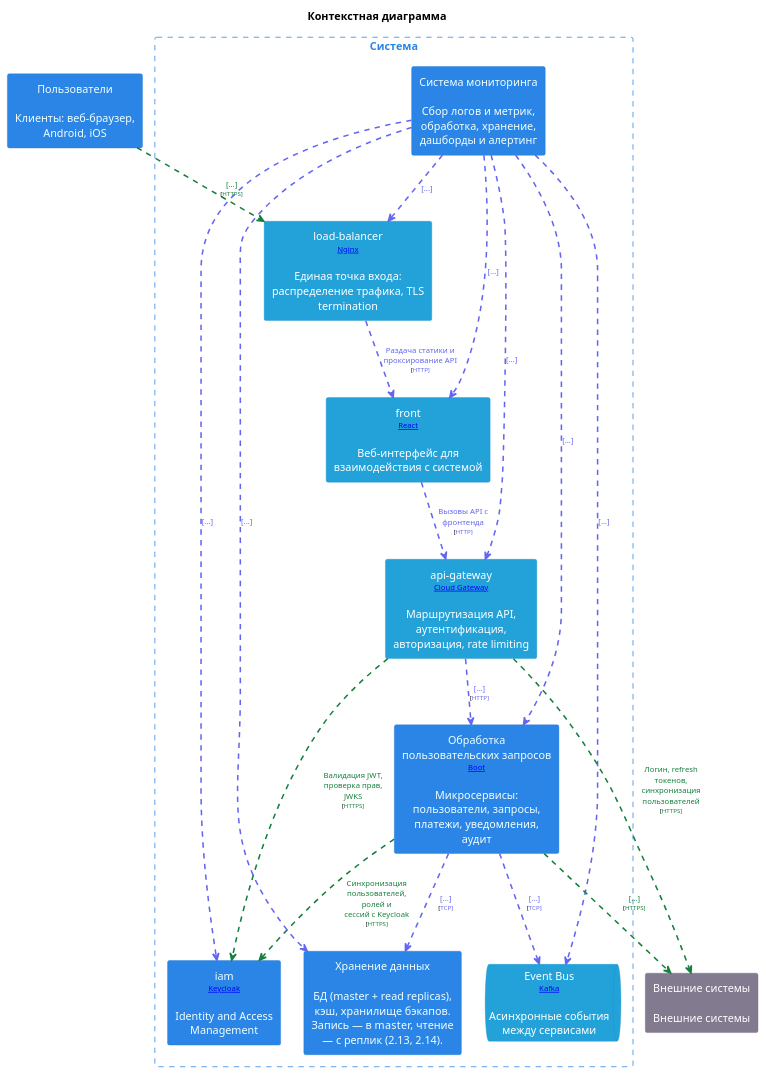
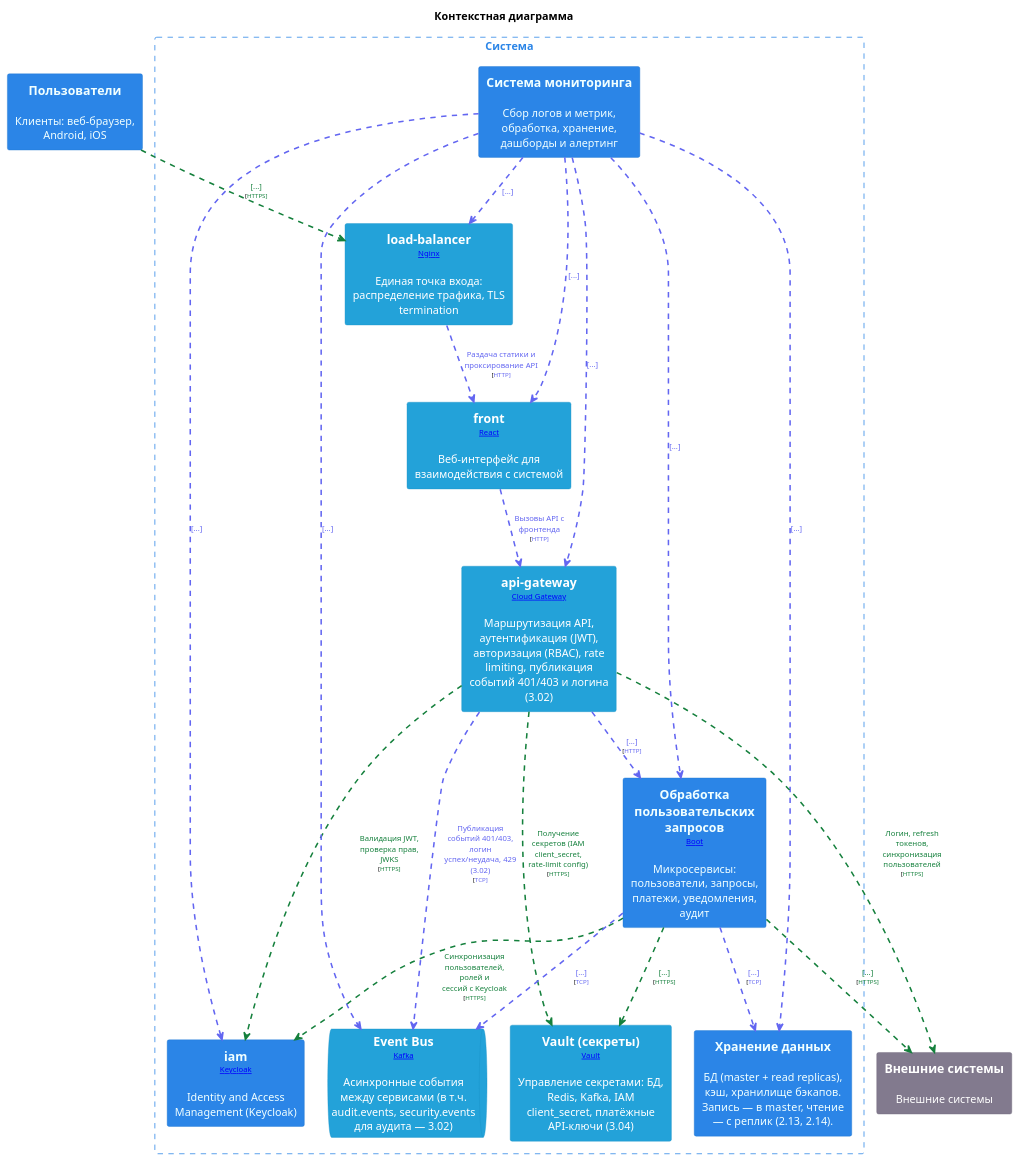
One commit to shelepovg/system-design-homework changed the diagram in doc/схемы/context.puml. Above: the diagram before and after it, drawn with PlantUML. The commit also changed 10 other files, not shown here.

Commit message:
скорректировал схемы для для управления RBAC

```diff
--- a/doc/схемы/context.puml
+++ b/doc/схемы/context.puml
@@ -1,100 +1,109 @@
 @startuml
 title "Контекстная диаграмма"
 top to bottom direction
 
 hide stereotype
 skinparam ranksep 60
 skinparam nodesep 30
 skinparam {
   arrowFontSize 10
   defaultTextAlignment center
   wrapWidth 200
   maxMessageSize 100
   shadowing false
 }
 
 skinparam rectangle<<Users>>{
   BackgroundColor #2b85e7
   FontColor #f1ffff
   BorderColor #1e73ce
 }
 skinparam rectangle<<SystemMonitoring>>{
   BackgroundColor #2b85e7
   FontColor #f1ffff
   BorderColor #1e73ce
 }
 skinparam rectangle<<SystemLoadBalancer>>{
   BackgroundColor #23a2d9
   FontColor #ffffff
   BorderColor #1892c5
 }
 skinparam rectangle<<SystemFront>>{
   BackgroundColor #23a2d9
   FontColor #ffffff
   BorderColor #1892c5
 }
 skinparam rectangle<<SystemApiGateway>>{
   BackgroundColor #23a2d9
   FontColor #ffffff
   BorderColor #1892c5
 }
 skinparam rectangle<<SystemBackend>>{
   BackgroundColor #2b85e7
   FontColor #f1ffff
   BorderColor #1e73ce
 }
 skinparam rectangle<<SystemIam>>{
   BackgroundColor #2b85e7
   FontColor #f1ffff
   BorderColor #1e73ce
 }
 skinparam rectangle<<SystemStorage>>{
   BackgroundColor #2b85e7
   FontColor #f1ffff
   BorderColor #1e73ce
 }
 skinparam queue<<SystemEventBus>>{
   BackgroundColor #23a2d9
   FontColor #ffffff
   BorderColor #1892c5
 }
+skinparam rectangle<<SystemSecretsVault>>{
+  BackgroundColor #23a2d9
+  FontColor #ffffff
+  BorderColor #1892c5
+}
 skinparam rectangle<<System_ext>>{
   BackgroundColor #827a8e
   FontColor #ffffff
   BorderColor #6c6477
 }
-rectangle "Пользователи\n\nКлиенты: веб-браузер, Android, iOS" <<Users>> as Users
+rectangle "==Пользователи\n\nКлиенты: веб-браузер, Android, iOS" <<Users>> as Users
 rectangle "Система" <<System>> as System {
   skinparam RectangleBorderColor<<System>> #2b85e7
   skinparam RectangleFontColor<<System>> #2b85e7
   skinparam RectangleBorderStyle<<System>> dashed
 
-  rectangle "Система мониторинга\n\nСбор логов и метрик, обработка, хранение, дашборды и алертинг" <<SystemMonitoring>> as SystemMonitoring
-  rectangle "load-balancer\n<size:10>[[Nginx]]</size>\n\nЕдиная точка входа: распределение трафика, TLS termination" <<SystemLoadBalancer>> as SystemLoadBalancer
-  rectangle "front\n<size:10>[[React]]</size>\n\nВеб-интерфейс для взаимодействия с системой" <<SystemFront>> as SystemFront
-  rectangle "api-gateway\n<size:10>[[Spring Cloud Gateway]]</size>\n\nМаршрутизация API, аутентификация, авторизация, rate limiting" <<SystemApiGateway>> as SystemApiGateway
-  rectangle "Обработка пользовательских запросов\n<size:10>[[Spring Boot]]</size>\n\nМикросервисы: пользователи, запросы, платежи, уведомления, аудит" <<SystemBackend>> as SystemBackend
-  rectangle "iam\n<size:10>[[Keycloak]]</size>\n\nIdentity and Access Management" <<SystemIam>> as SystemIam
-  rectangle "Хранение данных\n\nБД (master + read replicas), кэш, хранилище бэкапов. Запись — в master, чтение — с реплик (2.13, 2.14)." <<SystemStorage>> as SystemStorage
-  queue "Event Bus\n<size:10>[[Apache Kafka]]</size>\n\nАсинхронные события между сервисами" <<SystemEventBus>> as SystemEventBus
+  rectangle "==Система мониторинга\n\nСбор логов и метрик, обработка, хранение, дашборды и алертинг" <<SystemMonitoring>> as SystemMonitoring
+  rectangle "==load-balancer\n<size:10>[[Nginx]]</size>\n\nЕдиная точка входа: распределение трафика, TLS termination" <<SystemLoadBalancer>> as SystemLoadBalancer
+  rectangle "==front\n<size:10>[[React]]</size>\n\nВеб-интерфейс для взаимодействия с системой" <<SystemFront>> as SystemFront
+  rectangle "==api-gateway\n<size:10>[[Spring Cloud Gateway]]</size>\n\nМаршрутизация API, аутентификация (JWT), авторизация (RBAC), rate limiting, публикация событий 401/403 и логина (3.02)" <<SystemApiGateway>> as SystemApiGateway
+  rectangle "==Обработка пользовательских запросов\n<size:10>[[Spring Boot]]</size>\n\nМикросервисы: пользователи, запросы, платежи, уведомления, аудит" <<SystemBackend>> as SystemBackend
+  rectangle "==iam\n<size:10>[[Keycloak]]</size>\n\nIdentity and Access Management (Keycloak)" <<SystemIam>> as SystemIam
+  rectangle "==Хранение данных\n\nБД (master + read replicas), кэш, хранилище бэкапов. Запись — в master, чтение — с реплик (2.13, 2.14)." <<SystemStorage>> as SystemStorage
+  queue "==Event Bus\n<size:10>[[Apache Kafka]]</size>\n\nАсинхронные события между сервисами (в т.ч. audit.events, security.events для аудита — 3.02)" <<SystemEventBus>> as SystemEventBus
+  rectangle "==Vault (секреты)\n<size:10>[[HashiCorp Vault]]</size>\n\nУправление секретами: БД, Redis, Kafka, IAM client_secret, платёжные API-ключи (3.04)" <<SystemSecretsVault>> as SystemSecretsVault
 }
-rectangle "Внешние системы\n\nВнешние системы" <<System_ext>> as System_ext
+rectangle "==Внешние системы\n\nВнешние системы" <<System_ext>> as System_ext
 
 Users .[#15803d,thickness=2].> SystemLoadBalancer : <color:#15803d>[...]\n<size:8>[<color:#15803d>HTTPS]</size>
 SystemLoadBalancer .[#6366f1,thickness=2].> SystemFront : <color:#6366f1>Раздача статики и проксирование API\n<size:8>[<color:#6366f1>HTTP]</size>
 SystemMonitoring .[#6366f1,thickness=2].> SystemLoadBalancer : <color:#6366f1>[...]
 SystemFront .[#6366f1,thickness=2].> SystemApiGateway : <color:#6366f1>Вызовы API с фронтенда\n<size:8>[<color:#6366f1>HTTP]</size>
 SystemMonitoring .[#6366f1,thickness=2].> SystemFront : <color:#6366f1>[...]
 SystemApiGateway .[#15803d,thickness=2].> SystemIam : <color:#15803d>Валидация JWT, проверка прав, JWKS\n<size:8>[<color:#15803d>HTTPS]</size>
 SystemApiGateway .[#6366f1,thickness=2].> SystemBackend : <color:#6366f1>[...]\n<size:8>[<color:#6366f1>HTTP]</size>
+SystemApiGateway .[#6366f1,thickness=2].> SystemEventBus : <color:#6366f1>Публикация событий 401/403, логин \n<color:#6366f1>успех/неудача, 429 (3.02)\n<size:8>[<color:#6366f1>TCP]</size>
+SystemApiGateway .[#15803d,thickness=2].> SystemSecretsVault : <color:#15803d>Получение секретов (IAM client_secret, \n<color:#15803d>rate-limit config)\n<size:8>[<color:#15803d>HTTPS]</size>
 SystemMonitoring .[#6366f1,thickness=2].> SystemApiGateway : <color:#6366f1>[...]
 SystemBackend .[#15803d,thickness=2].> SystemIam : <color:#15803d>Синхронизация пользователей, ролей и \n<color:#15803d>сессий с Keycloak\n<size:8>[<color:#15803d>HTTPS]</size>
 SystemMonitoring .[#6366f1,thickness=2].> SystemIam : <color:#6366f1>[...]
 SystemBackend .[#6366f1,thickness=2].> SystemStorage : <color:#6366f1>[...]\n<size:8>[<color:#6366f1>TCP]</size>
 SystemBackend .[#6366f1,thickness=2].> SystemEventBus : <color:#6366f1>[...]\n<size:8>[<color:#6366f1>TCP]</size>
+SystemBackend .[#15803d,thickness=2].> SystemSecretsVault : <color:#15803d>[...]\n<size:8>[<color:#15803d>HTTPS]</size>
 SystemMonitoring .[#6366f1,thickness=2].> SystemBackend : <color:#6366f1>[...]
 SystemMonitoring .[#6366f1,thickness=2].> SystemStorage : <color:#6366f1>[...]
 SystemMonitoring .[#6366f1,thickness=2].> SystemEventBus : <color:#6366f1>[...]
 SystemApiGateway .[#15803d,thickness=2].> System_ext : <color:#15803d>Логин, refresh токенов, синхронизация \n<color:#15803d>пользователей\n<size:8>[<color:#15803d>HTTPS]</size>
 SystemBackend .[#15803d,thickness=2].> System_ext : <color:#15803d>[...]\n<size:8>[<color:#15803d>HTTPS]</size>
 @enduml
```
